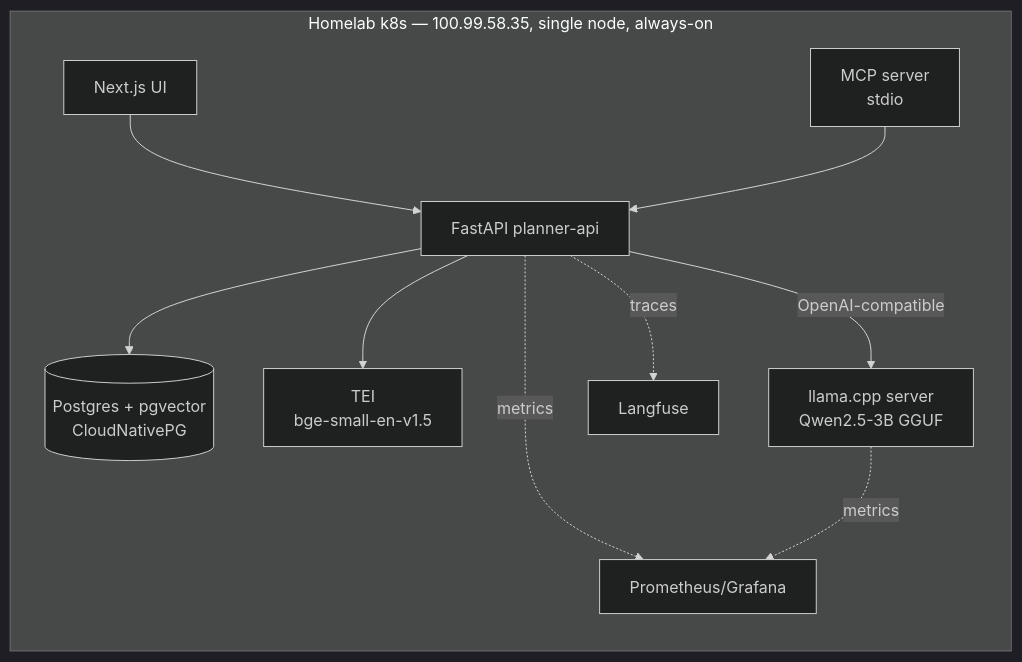
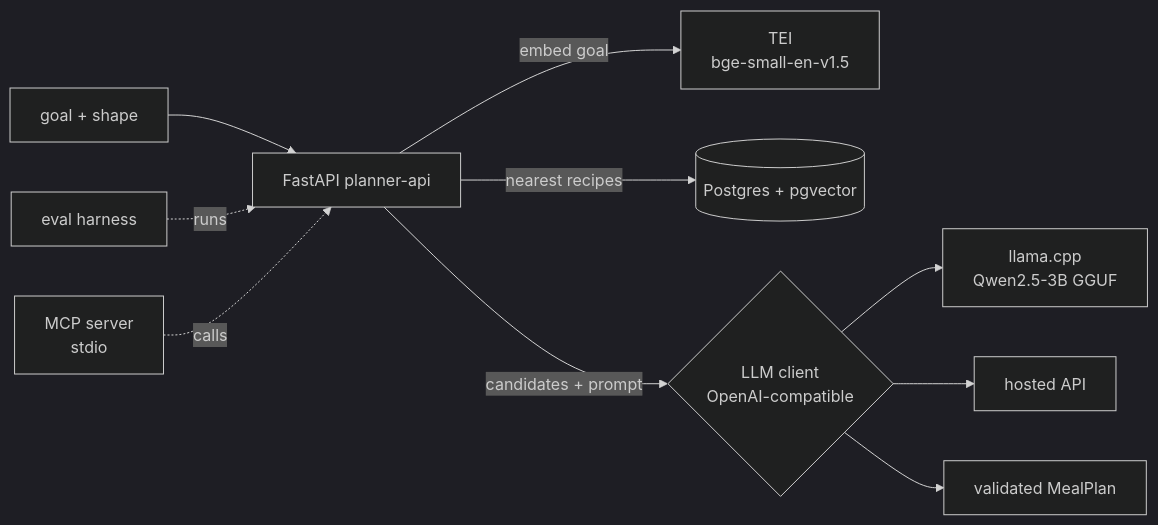
One commit to EduardoPamplona/hungry changed the diagram in project_plan.md. Above: the diagram before and after it, drawn with Mermaid (dark theme). The commit also changed other lines of this file and 4 other files, not shown here.

````diff
--- a/project_plan.md
+++ b/project_plan.md
@@ -112,21 +22,12 @@
 ```mermaid
 flowchart LR
-  subgraph Homelab["Homelab k8s — 100.99.58.35, single node, always-on"]
-    UI[Next.js UI]
-    API[FastAPI planner-api]
-    DB[(Postgres + pgvector<br/>CloudNativePG)]
-    TEI[TEI<br/>bge-small-en-v1.5]
-    LLM[llama.cpp server<br/>Qwen2.5-3B GGUF]
-    MCP[MCP server<br/>stdio]
-    LF[Langfuse]
-    OBS[Prometheus/Grafana]
-  end
-  UI --> API
-  API --> DB
-  API --> TEI
-  API -->|OpenAI-compatible| LLM
-  MCP --> API
-  API -.traces.-> LF
-  API -.metrics.-> OBS
-  LLM -.metrics.-> OBS
+  Goal[goal + shape] --> API[FastAPI planner-api]
+  API -->|embed goal| TEI[TEI<br/>bge-small-en-v1.5]
+  API -->|nearest recipes| PG[(Postgres + pgvector)]
+  API -->|candidates + prompt| LLM{LLM client<br/>OpenAI-compatible}
+  LLM --> Local[llama.cpp<br/>Qwen2.5-3B GGUF]
+  LLM --> Hosted[hosted API]
+  LLM --> Plan[validated MealPlan]
+  Eval[eval harness] -.runs.-> API
+  MCP[MCP server<br/>stdio] -.calls.-> API
 ```
````
